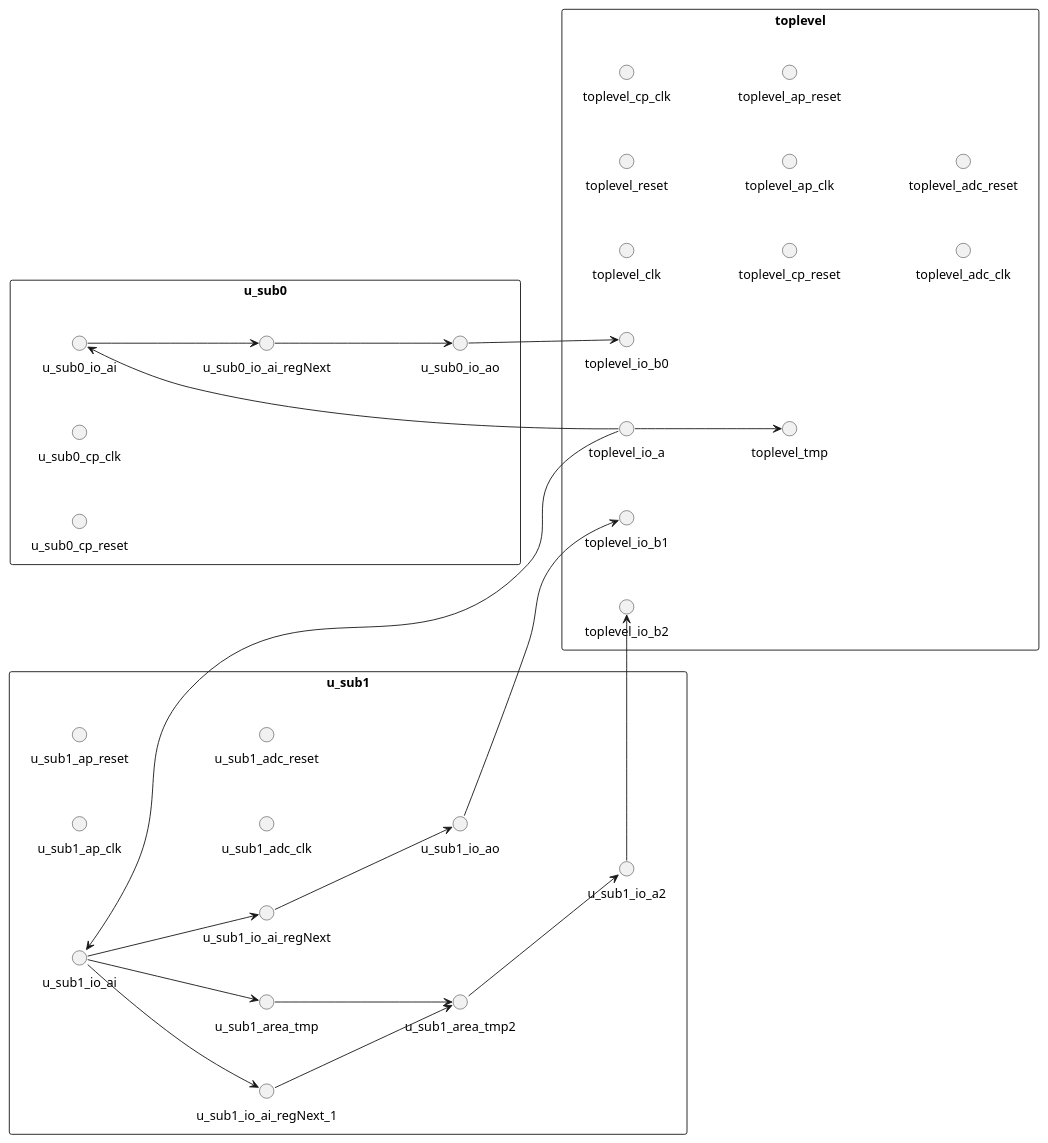
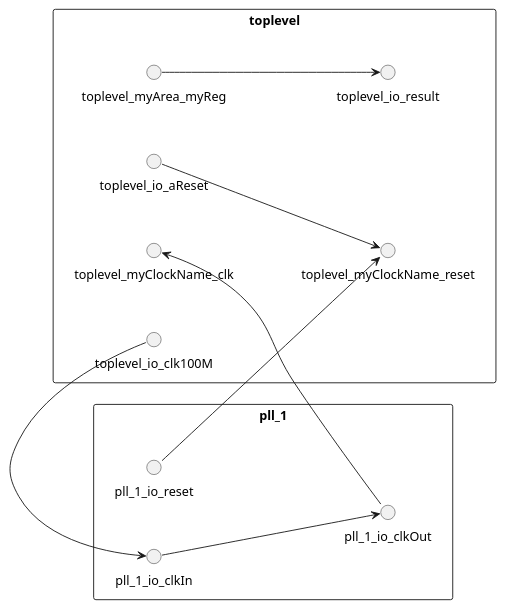
The diagram in yEd_draw/mygraph.puml (ZhaokunHu/Plot_HDElk), drawn with PlantUML before and after one commit. The commit also changed 5 other files, not shown here.

```diff
--- a/yEd_draw/mygraph.puml
+++ b/yEd_draw/mygraph.puml
@@ -1,53 +1,22 @@
 @startuml
 left to right direction
 rectangle toplevel{
-()toplevel_io_a
-()toplevel_io_b0
-()toplevel_io_b1
-()toplevel_io_b2
-()toplevel_tmp
-()toplevel_clk
-()toplevel_reset
-()toplevel_cp_clk
-()toplevel_cp_reset
-()toplevel_ap_clk
-()toplevel_ap_reset
-()toplevel_adc_clk
-()toplevel_adc_reset
+()toplevel_io_clk100M
+()toplevel_io_aReset
+()toplevel_io_result
+()toplevel_myClockName_clk
+()toplevel_myClockName_reset
+()toplevel_myArea_myReg
 }
-rectangle u_sub0{
-()u_sub0_io_ai
-()u_sub0_io_ao
-()u_sub0_io_ai_regNext
-()u_sub0_cp_clk
-()u_sub0_cp_reset
+rectangle pll_1{
+()pll_1_io_clkIn
+()pll_1_io_clkOut
+()pll_1_io_reset
 }
-rectangle u_sub1{
-()u_sub1_io_ai
-()u_sub1_io_ao
-()u_sub1_io_a2
-()u_sub1_io_ai_regNext
-()u_sub1_area_tmp
-()u_sub1_io_ai_regNext_1
-()u_sub1_area_tmp2
-()u_sub1_ap_clk
-()u_sub1_ap_reset
-()u_sub1_adc_clk
-()u_sub1_adc_reset
-}
-u_sub0_io_ao-->toplevel_io_b0
-u_sub1_io_ao-->toplevel_io_b1
-u_sub1_io_a2-->toplevel_io_b2
-toplevel_io_a-->toplevel_tmp
-toplevel_io_a-->u_sub0_io_ai
-u_sub0_io_ai_regNext-->u_sub0_io_ao
-u_sub0_io_ai-->u_sub0_io_ai_regNext
-toplevel_io_a-->u_sub1_io_ai
-u_sub1_io_ai_regNext-->u_sub1_io_ao
-u_sub1_area_tmp2-->u_sub1_io_a2
-u_sub1_io_ai-->u_sub1_io_ai_regNext
-u_sub1_io_ai-->u_sub1_area_tmp
-u_sub1_io_ai-->u_sub1_io_ai_regNext_1
-u_sub1_area_tmp-->u_sub1_area_tmp2
-u_sub1_io_ai_regNext_1-->u_sub1_area_tmp2
+toplevel_myArea_myReg-->toplevel_io_result
+pll_1_io_clkOut-->toplevel_myClockName_clk
+toplevel_io_aReset-->toplevel_myClockName_reset
+pll_1_io_reset-->toplevel_myClockName_reset
+toplevel_io_clk100M-->pll_1_io_clkIn
+pll_1_io_clkIn-->pll_1_io_clkOut
 @enduml
```
